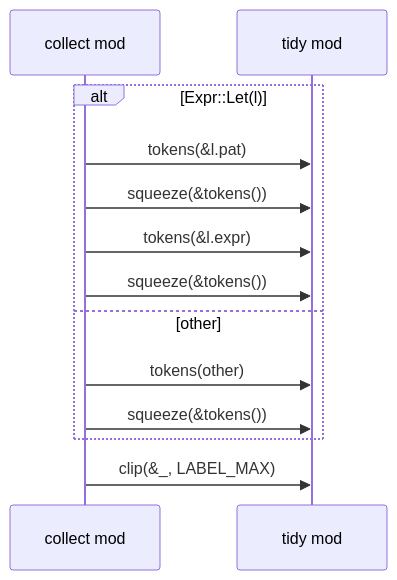
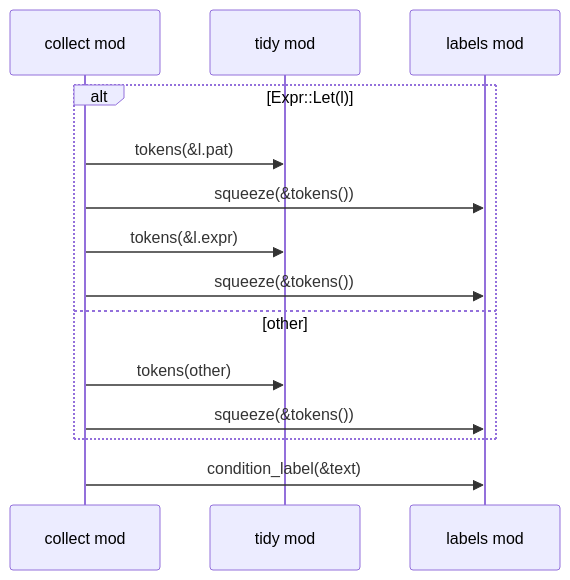
Before and after one commit to DreamLab-AI/codemaid: diagram 34 of 36 in docs/sealmap/crates/sealmap-rust/src/collect.rs.md, drawn with Mermaid. The commit also changed other lines of this file and 37 other files, not shown here.

First line of the commit message:
frontend: extract sealmap-frontend from sealmap-rust

````diff
--- a/docs/sealmap/crates/sealmap-rust/src/collect.rs.md
+++ b/docs/sealmap/crates/sealmap-rust/src/collect.rs.md
@@ -936,15 +937,16 @@
 ```mermaid
 sequenceDiagram
   participant sealmap_rust__collect as collect mod
   participant sealmap_rust__tidy as tidy mod
+  participant sealmap_frontend__labels as labels mod
   alt Expr::Let(l)
     sealmap_rust__collect->>sealmap_rust__tidy: tokens(&l.pat)
-    sealmap_rust__collect->>sealmap_rust__tidy: squeeze(&tokens())
+    sealmap_rust__collect->>sealmap_frontend__labels: squeeze(&tokens())
     sealmap_rust__collect->>sealmap_rust__tidy: tokens(&l.expr)
-    sealmap_rust__collect->>sealmap_rust__tidy: squeeze(&tokens())
+    sealmap_rust__collect->>sealmap_frontend__labels: squeeze(&tokens())
   else other
     sealmap_rust__collect->>sealmap_rust__tidy: tokens(other)
-    sealmap_rust__collect->>sealmap_rust__tidy: squeeze(&tokens())
+    sealmap_rust__collect->>sealmap_frontend__labels: squeeze(&tokens())
   end
-  sealmap_rust__collect->>sealmap_rust__tidy: clip(&_, LABEL_MAX)
+  sealmap_rust__collect->>sealmap_frontend__labels: condition_label(&text)
 ```
````
